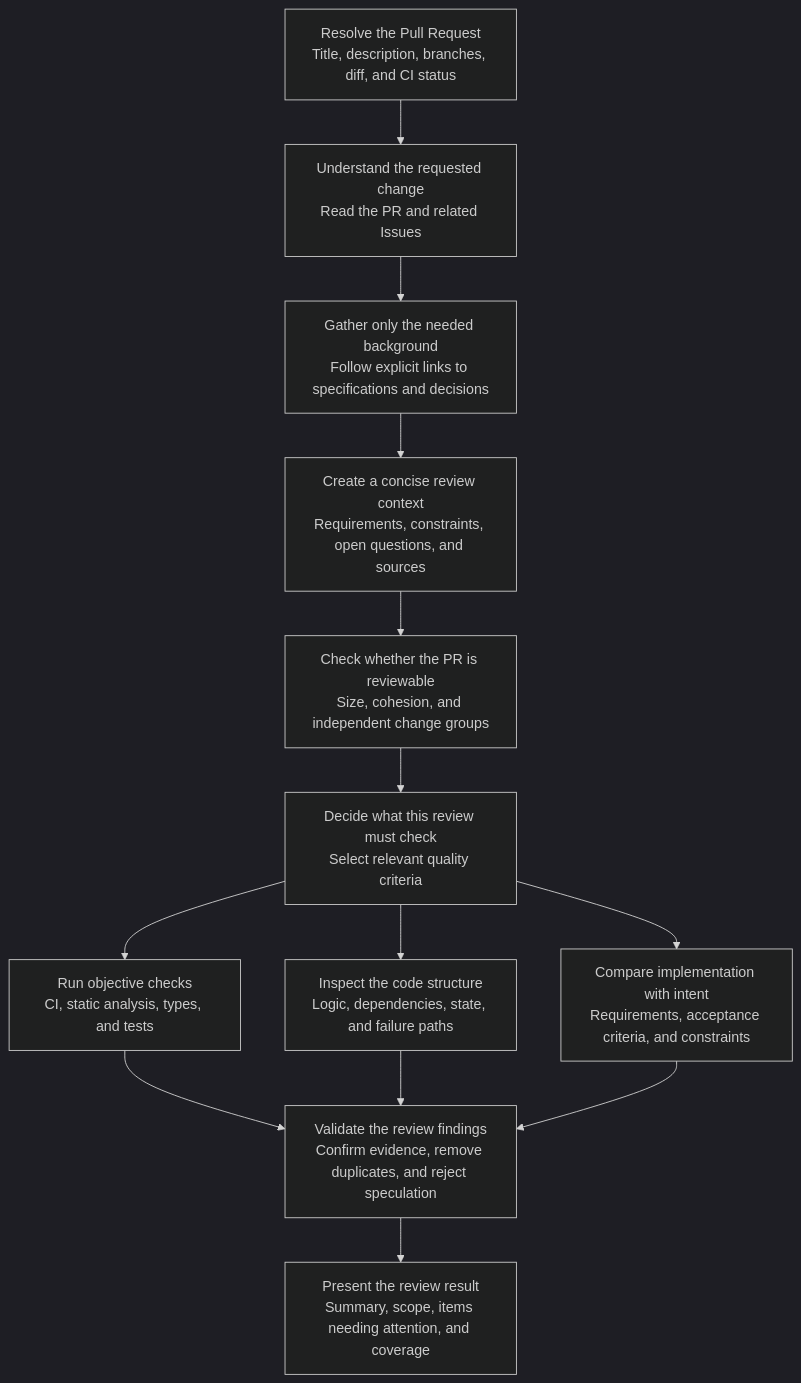
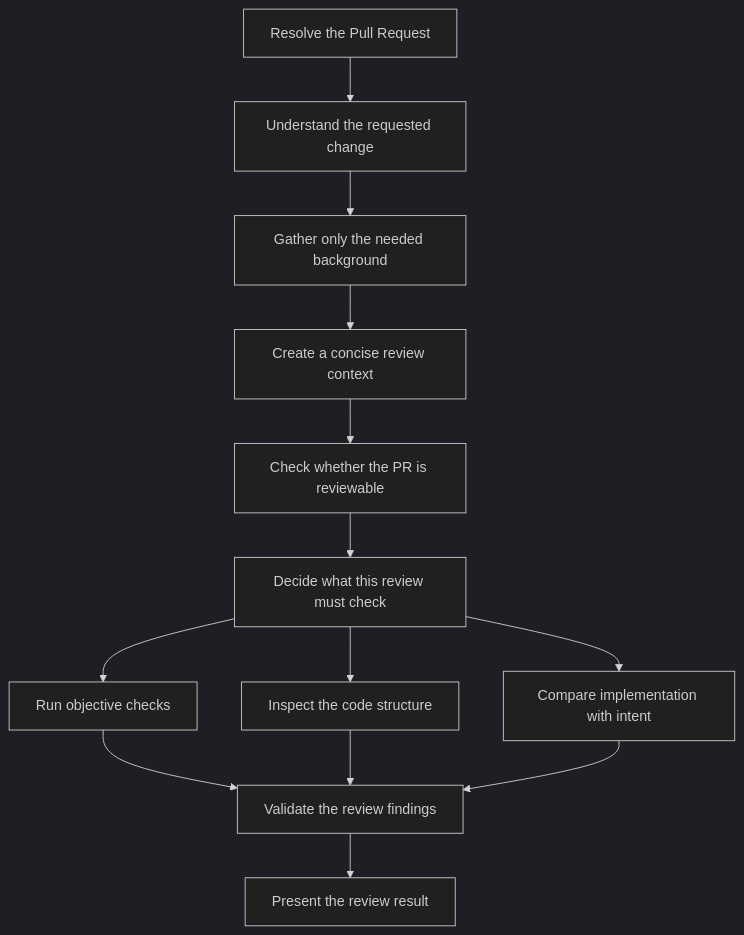
Before and after one commit to takuto-san/review: the second of 2 diagrams in README.md, drawn with Mermaid (dark theme). The commit also changed other lines of this file and 2 other files, not shown here.

Commit message:
docs: simplify review workflow diagrams

````diff
--- a/README.md
+++ b/README.md
@@ -49,17 +48,17 @@
 ```mermaid
 flowchart TD
-    A[Resolve the Pull Request<br/>Title, description, branches, diff, and CI status] --> B[Understand the requested change<br/>Read the PR and related Issues]
-    B --> C[Gather only the needed background<br/>Follow explicit links to specifications and decisions]
-    C --> D[Create a concise review context<br/>Requirements, constraints, open questions, and sources]
-    D --> E[Check whether the PR is reviewable<br/>Size, cohesion, and independent change groups]
-    E --> F[Decide what this review must check<br/>Select relevant quality criteria]
+    A[Resolve the Pull Request] --> B[Understand the requested change]
+    B --> C[Gather only the needed background]
+    C --> D[Create a concise review context]
+    D --> E[Check whether the PR is reviewable]
+    E --> F[Decide what this review must check]
 
-    F --> G1[Run objective checks<br/>CI, static analysis, types, and tests]
-    F --> G2[Inspect the code structure<br/>Logic, dependencies, state, and failure paths]
-    F --> G3[Compare implementation with intent<br/>Requirements, acceptance criteria, and constraints]
+    F --> G1[Run objective checks]
+    F --> G2[Inspect the code structure]
+    F --> G3[Compare implementation with intent]
 
-    G1 --> H[Validate the review findings<br/>Confirm evidence, remove duplicates, and reject speculation]
+    G1 --> H[Validate the review findings]
     G2 --> H
     G3 --> H
-    H --> I[Present the review result<br/>Summary, scope, items needing attention, and coverage]
+    H --> I[Present the review result]
 ```
````
